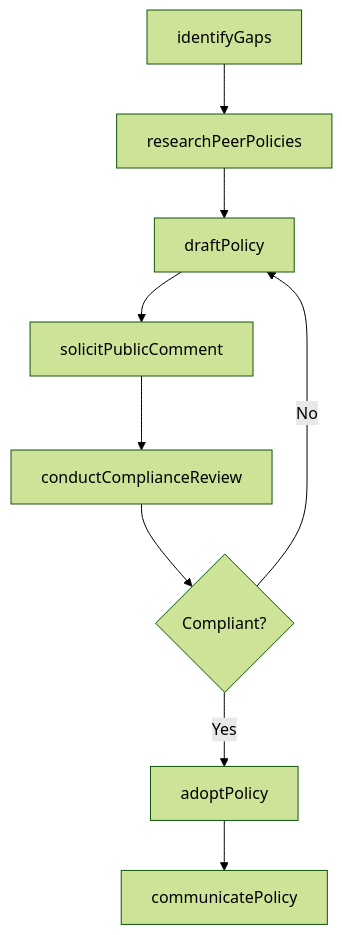
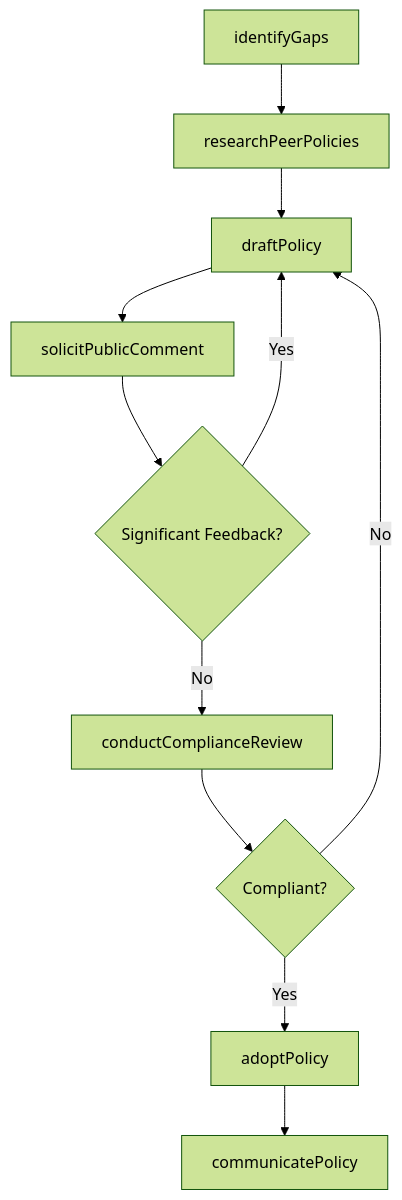
Before and after one commit to dot-org-ai/tasks.org.ai: the third of 4 diagrams in ThinkingCreatively/DevelopEducationalProgramsPlansOrProcedures/DevelopEducationalPolicies.mdx, drawn with Mermaid (forest theme). The commit also changed other lines of this file and 504 other files, not shown here.

First line of the commit message:
feat: Add ER diagrams, state diagrams, and workflow improvements to 96 DWA task files

````diff
--- a/ThinkingCreatively/DevelopEducationalProgramsPlansOrProcedures/DevelopEducationalPolicies.mdx
+++ b/ThinkingCreatively/DevelopEducationalProgramsPlansOrProcedures/DevelopEducationalPolicies.mdx
@@ -86,11 +114,13 @@
 ```mermaid
 graph TD
     A[identifyGaps] --> B[researchPeerPolicies]
     B --> C[draftPolicy]
     C --> D[solicitPublicComment]
-    D --> E[conductComplianceReview]
-    E --> F{Compliant?}
-    F -->|No| C
-    F -->|Yes| G[adoptPolicy]
-    G --> H[communicatePolicy]
+    D --> E{Significant Feedback?}
+    E -->|Yes| C
+    E -->|No| F[conductComplianceReview]
+    F --> G{Compliant?}
+    G -->|No| C
+    G -->|Yes| H[adoptPolicy]
+    H --> I[communicatePolicy]
 ```
````
